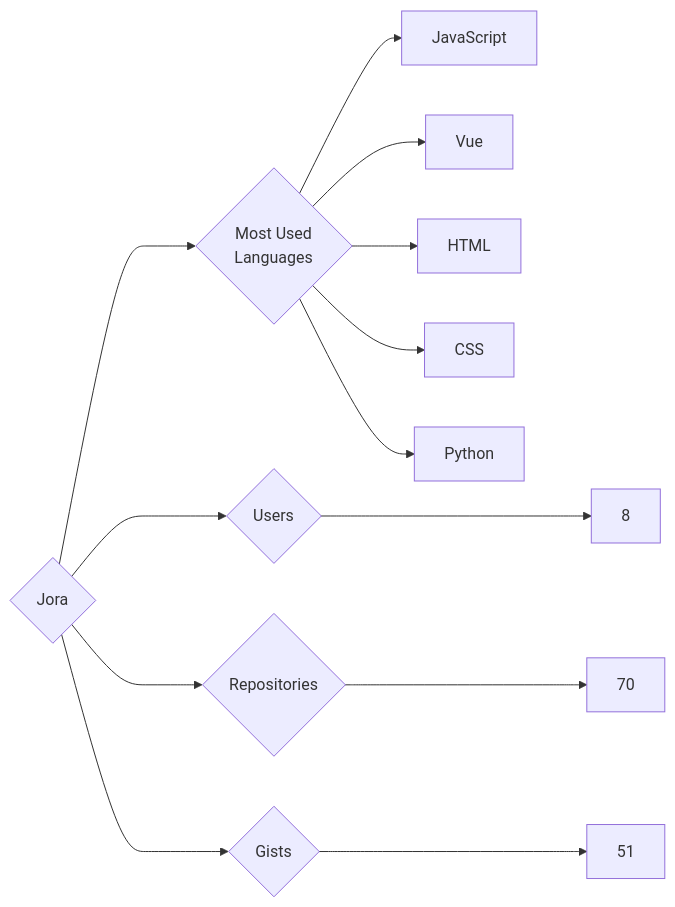
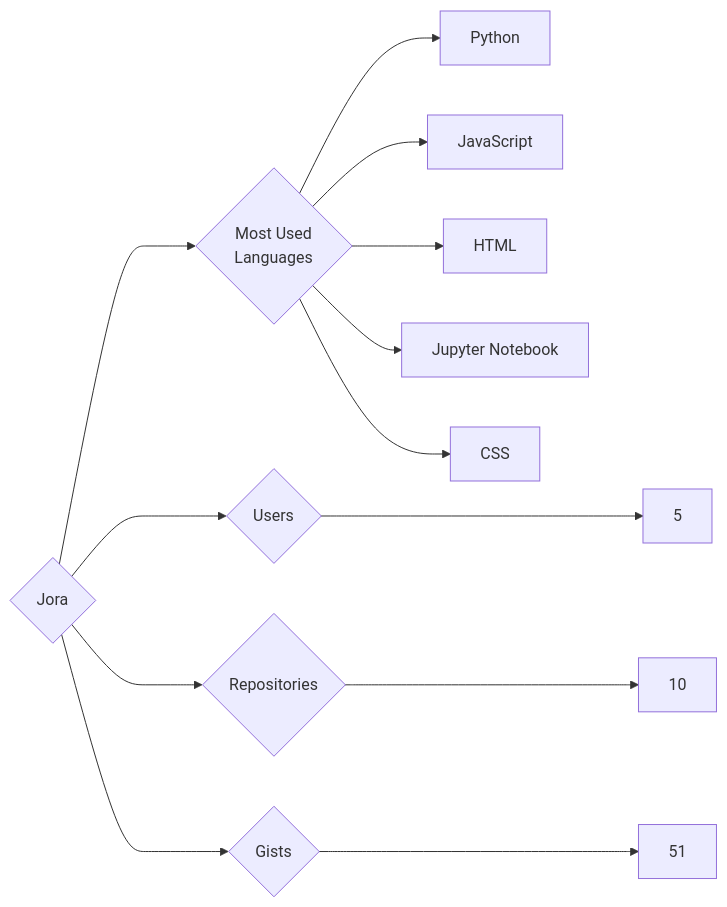
Before and after one commit to trickest/insiders: the diagram in targets/Jora/README.md, drawn with Mermaid. The commit also changed 688 other files, not shown here.

````diff
--- a/targets/Jora/README.md
+++ b/targets/Jora/README.md
@@ -3,13 +3,13 @@
 ```mermaid
 graph LR
 COMPANY_NAME{Jora}
-COMPANY_NAME ---> U{Users} ---> UN[8]
-COMPANY_NAME ---> R{Repositories} ---> RN[70]
+COMPANY_NAME ---> U{Users} ---> UN[5]
+COMPANY_NAME ---> R{Repositories} ---> RN[10]
 COMPANY_NAME ---> G{Gists} ---> GN[51]
 COMPANY_NAME ---> ML{Most Used<br>Languages}
+ML --> Python[Python]
 ML --> JavaScript[JavaScript]
-ML --> Vue[Vue]
 ML --> HTML[HTML]
+ML --> Jupyter_Notebook[Jupyter Notebook]
 ML --> CSS[CSS]
-ML --> Python[Python]
 ```
````
